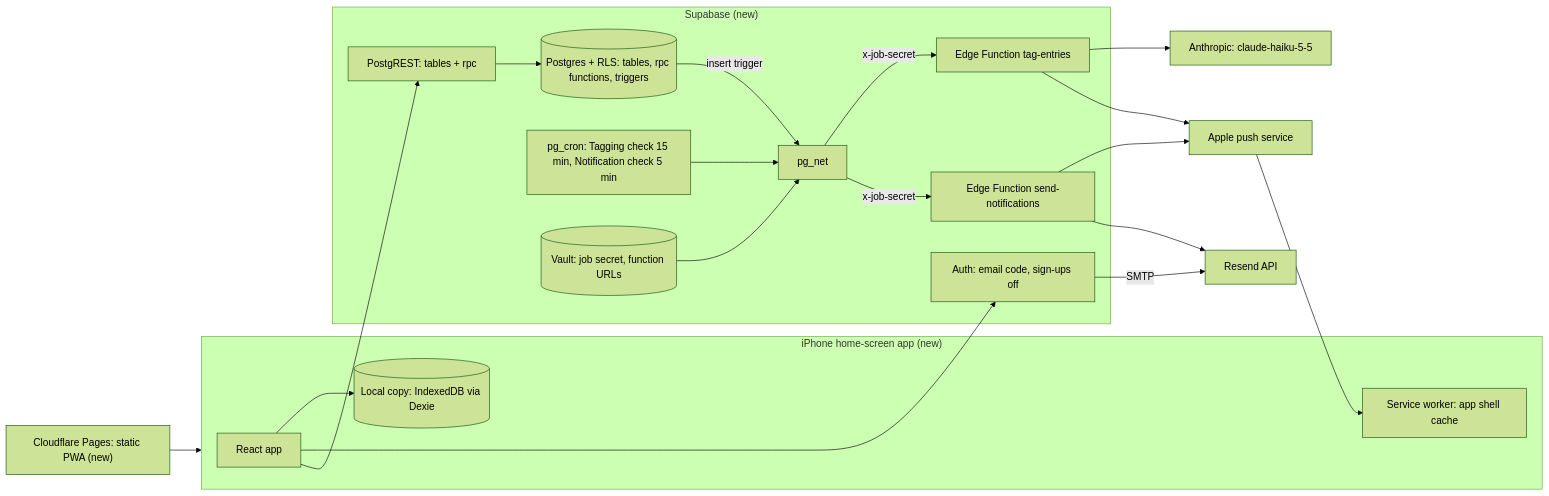
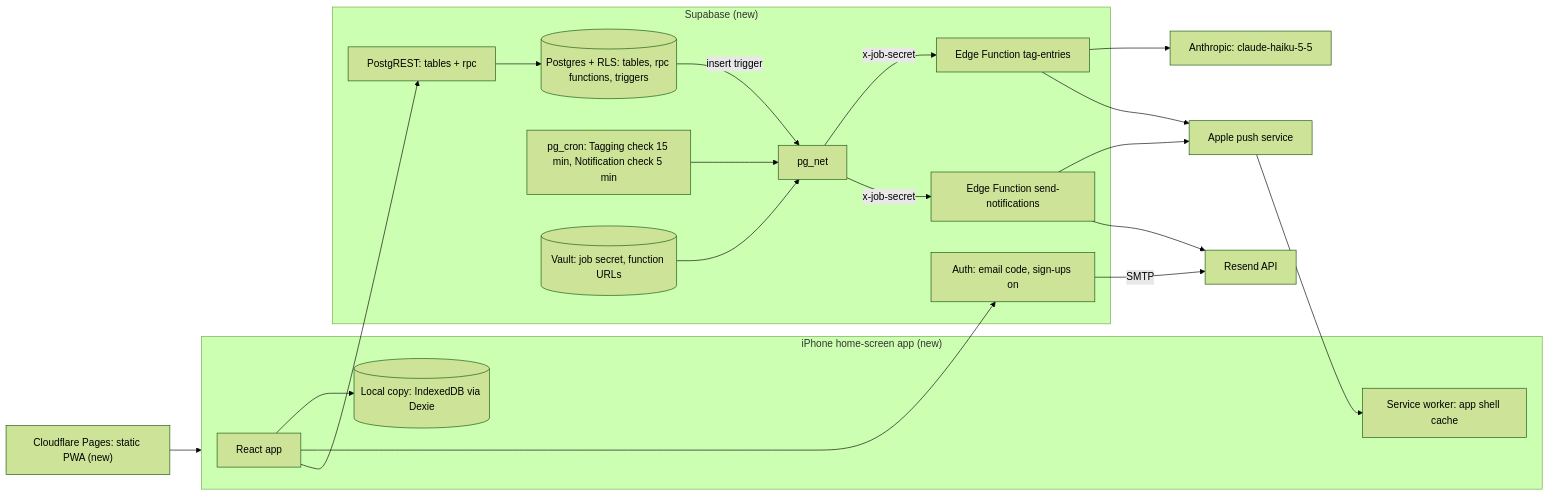
Before and after one commit to bachtly/daily-kaizen: the first of 4 diagrams in docs/design/2026-11-06-mvp/06-backend.md, drawn with Mermaid (forest theme). The commit also changed other lines of this file and 14 other files, not shown here.

````diff
--- a/docs/design/2026-11-06-mvp/06-backend.md
+++ b/docs/design/2026-11-06-mvp/06-backend.md
@@ -11,31 +11,31 @@
 ```mermaid
 flowchart LR
   subgraph Phone["iPhone home-screen app (new)"]
     UI[React app] --> LC[("Local copy: IndexedDB via Dexie")]
     SW[Service worker: app shell cache]
   end
   CF["Cloudflare Pages: static PWA (new)"] --> Phone
   subgraph Server["Supabase (new)"]
-    AUTH[Auth: email code, sign-ups off]
+    AUTH[Auth: email code, sign-ups on]
     PGR[PostgREST: tables + rpc]
     DB[("Postgres + RLS: tables, rpc functions, triggers")]
     CRON["pg_cron: Tagging check 15 min, Notification check 5 min"]
     NET[pg_net]
     VAULT[("Vault: job secret, function URLs")]
     TAG[Edge Function tag-entries]
     NOTE[Edge Function send-notifications]
   end
   UI --> AUTH
   UI --> PGR --> DB
   DB -- insert trigger --> NET
   CRON --> NET
   NET -- x-job-secret --> TAG
   NET -- x-job-secret --> NOTE
   VAULT --> NET
   TAG --> AI[Anthropic: claude-haiku-5-5]
   TAG --> PUSH[Apple push service]
   NOTE --> PUSH
   NOTE --> RS[Resend API]
   AUTH -- SMTP --> RS
   PUSH --> SW
 ```
````
